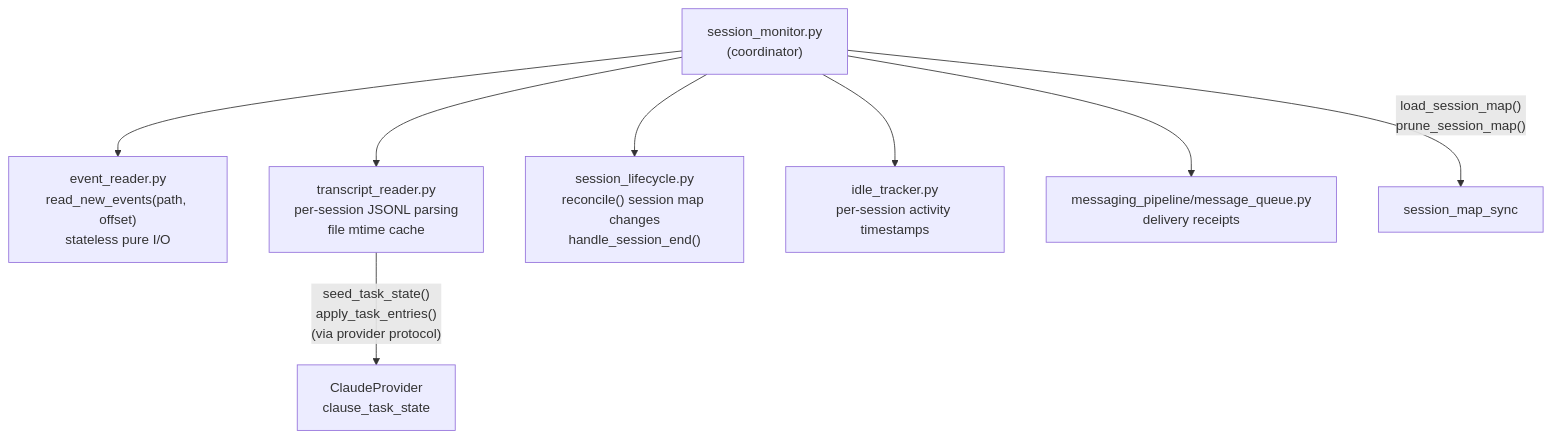
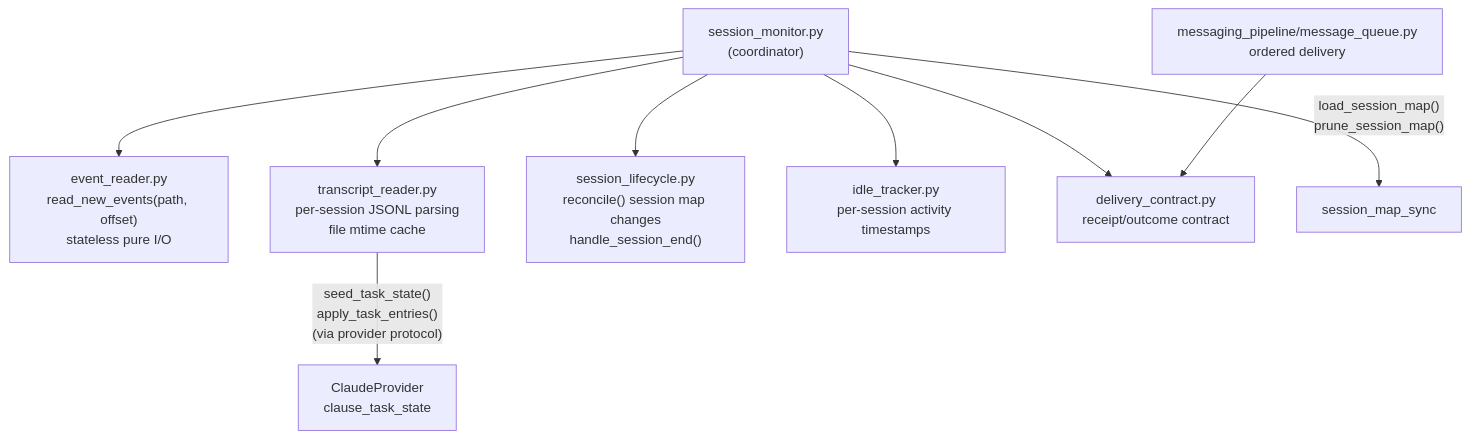
The eighth of 8 diagrams in docs/architecture.md (alexei-led/ccgram), drawn with Mermaid before and after one commit. The commit also changed other lines of this file and 9 other files, not shown here.

````diff
--- a/docs/architecture.md
+++ b/docs/architecture.md
@@ -284,14 +284,15 @@
 ```mermaid
 graph TB
     SM2["session_monitor.py<br>(coordinator)"]
 
     SM2 --> ER["event_reader.py<br>read_new_events(path, offset)<br>stateless pure I/O"]
     SM2 --> TR2["transcript_reader.py<br>per-session JSONL parsing<br>file mtime cache"]
     SM2 --> SL["session_lifecycle.py<br>reconcile() session map changes<br>handle_session_end()"]
     SM2 --> IT["idle_tracker.py<br>per-session activity timestamps"]
-    SM2 --> MQ["messaging_pipeline/message_queue.py<br>delivery receipts"]
+    SM2 --> DC["delivery_contract.py<br>receipt/outcome contract"]
+    MQ["messaging_pipeline/message_queue.py<br>ordered delivery"] --> DC
 
     TR2 -- "seed_task_state()<br>apply_task_entries()<br>(via provider protocol)" --> Claude2["ClaudeProvider<br>clause_task_state"]
 
     SM2 -- "load_session_map()<br>prune_session_map()" --> SMS2["session_map_sync"]
 ```
````
